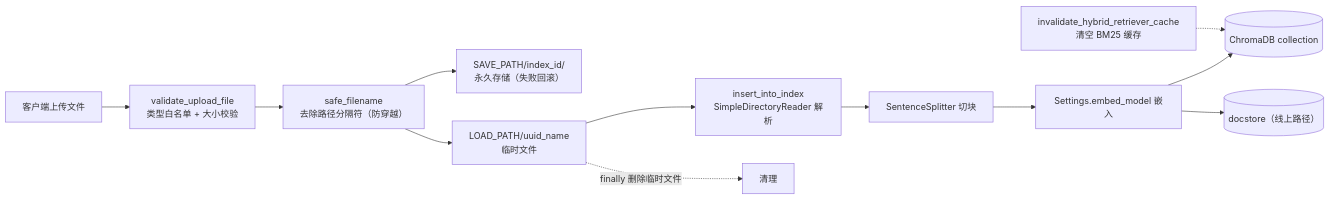
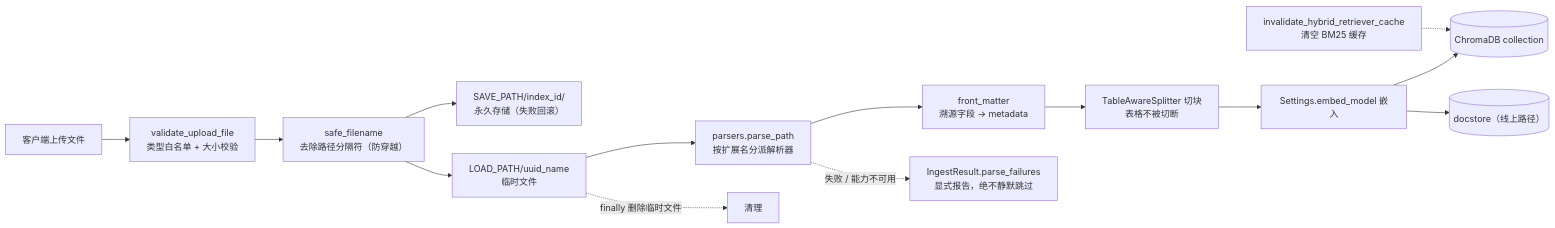
One commit to OpenCUIT/CUITCCA changed the third of 3 diagrams in README.md. Above: the diagram before and after it, drawn with Mermaid. The commit also changed other lines of this file and 4 other files, not shown here.

````diff
--- a/README.md
+++ b/README.md
@@ -147,14 +198,16 @@
 ```mermaid
 flowchart LR
     A["客户端上传文件"] --> B["validate_upload_file<br/>类型白名单 + 大小校验"]
     B --> C["safe_filename<br/>去除路径分隔符（防穿越）"]
     C --> D["SAVE_PATH/index_id/<br/>永久存储（失败回滚）"]
     C --> E["LOAD_PATH/uuid_name<br/>临时文件"]
-    E --> F["insert_into_index<br/>SimpleDirectoryReader 解析"]
-    F --> G["SentenceSplitter 切块"]
+    E --> F["parsers.parse_path<br/>按扩展名分派解析器"]
+    F --> F2["front_matter<br/>溯源字段 -> metadata"]
+    F2 --> G["TableAwareSplitter 切块<br/>表格不被切断"]
     G --> H["Settings.embed_model 嵌入"]
     H --> I[("ChromaDB collection")]
     H --> J[("docstore（线上路径）")]
     K["invalidate_hybrid_retriever_cache<br/>清空 BM25 缓存"] -.-> I
     E -.->|"finally 删除临时文件"| L["清理"]
+    F -.->|"失败 / 能力不可用"| M["IngestResult.parse_failures<br/>显式报告，绝不静默跳过"]
 ```
````
